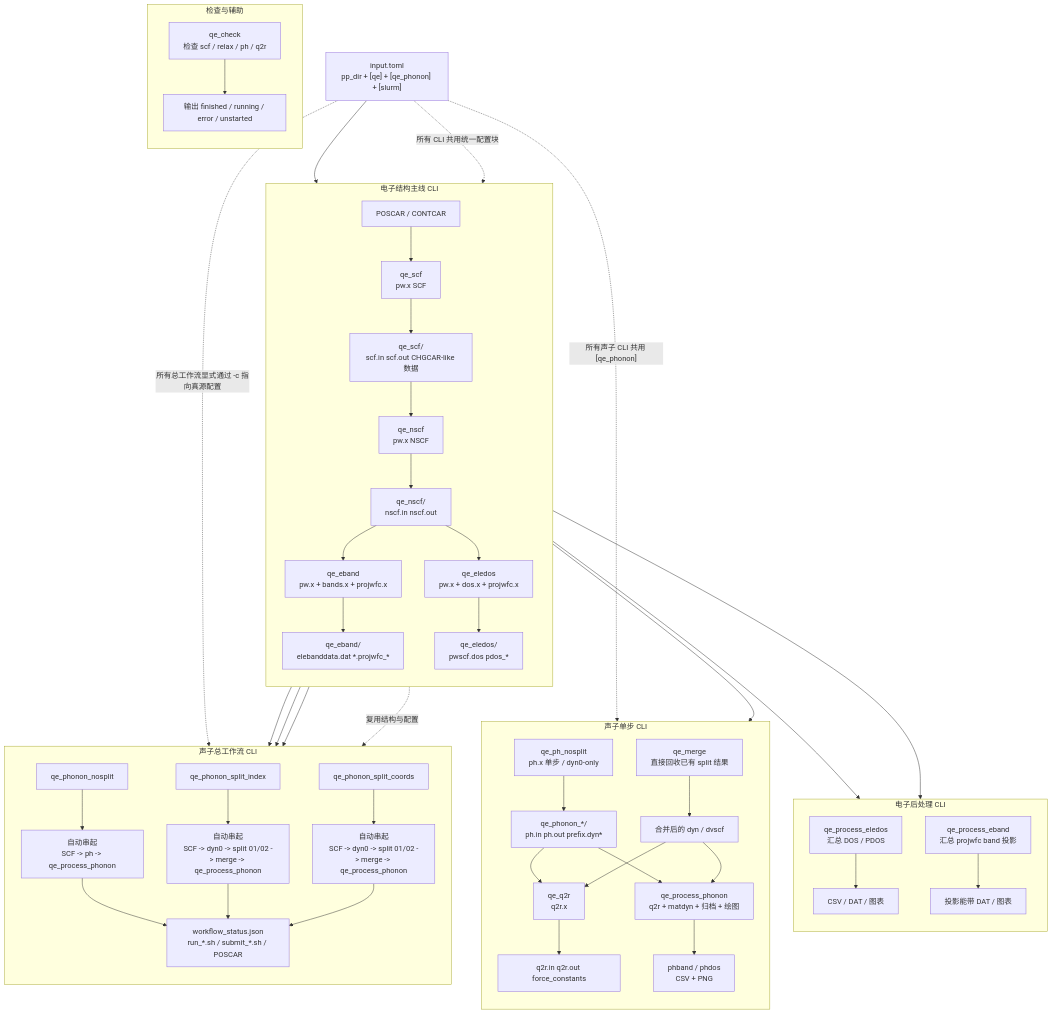
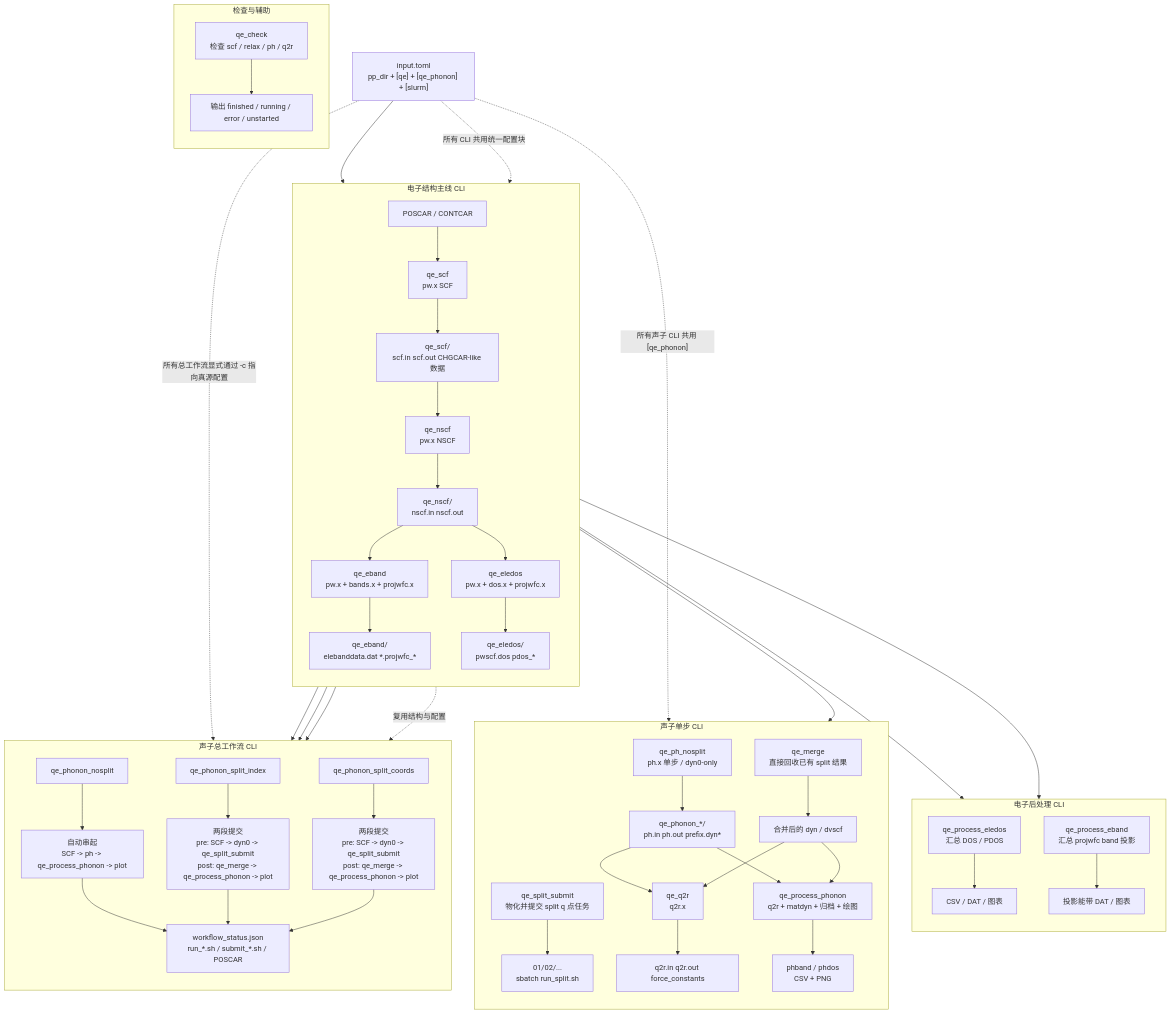
Before and after one commit to JLU-ICCMS-MaYuan/dftflow: the diagram in qeflow/qeflow-cli-flow.mmd, drawn with Mermaid. The commit also changed 12 other files, not shown here.

```diff
--- a/qeflow/qeflow-cli-flow.mmd
+++ b/qeflow/qeflow-cli-flow.mmd
@@ -1,67 +1,69 @@
 ---
 id: 9d23b8b8-8985-4c98-9f55-d7b4e3a87670
 ---
 flowchart TD
     A["input.toml<br/>pp_dir + [qe] + [qe_phonon] + [slurm]"] --> B["POSCAR / CONTCAR"]
 
     subgraph E0["电子结构主线 CLI"]
         direction TD
         B --> E1["qe_scf<br/>pw.x SCF"]
         E1 --> E1O["qe_scf/<br/>scf.in scf.out CHGCAR-like 数据"]
         E1O --> E2["qe_nscf<br/>pw.x NSCF"]
         E2 --> E2O["qe_nscf/<br/>nscf.in nscf.out"]
         E2O --> E3["qe_eband<br/>pw.x + bands.x + projwfc.x"]
         E3 --> E3O["qe_eband/<br/>elebanddata.dat *.projwfc_*"]
         E2O --> E4["qe_eledos<br/>pw.x + dos.x + projwfc.x"]
         E4 --> E4O["qe_eledos/<br/>pwscf.dos pdos_*"]
     end
 
     subgraph E5["电子后处理 CLI"]
         direction TD
         E4O --> E6["qe_process_eledos<br/>汇总 DOS / PDOS"]
         E6 --> E6O["CSV / DAT / 图表"]
         E3O --> E7["qe_process_eband<br/>汇总 projwfc band 投影"]
         E7 --> E7O["投影能带 DAT / 图表"]
     end
 
     subgraph P0["声子单步 CLI"]
         direction TD
         B --> P1["qe_ph_nosplit<br/>ph.x 单步 / dyn0-only"]
         P1 --> P1O["qe_phonon_*/<br/>ph.in ph.out prefix.dyn*"]
 
         P4["qe_merge<br/>直接回收已有 split 结果"]
         P4 --> P4O["合并后的 dyn / dvscf"]
+        P4S["qe_split_submit<br/>物化并提交 split q 点任务"]
+        P4S --> P4SO["01/02/...<br/>sbatch run_split.sh"]
 
         P1O --> P5["qe_q2r<br/>q2r.x"]
         P4O --> P5
         P5 --> P5O["q2r.in q2r.out force_constants"]
 
         P1O --> P6["qe_process_phonon<br/>q2r + matdyn + 归档 + 绘图"]
         P4O --> P6
         P6 --> P6O["phband / phdos<br/>CSV + PNG"]
     end
 
     subgraph P8["声子总工作流 CLI"]
         direction TD
         B --> W1["qe_phonon_nosplit"]
         B --> W2["qe_phonon_split_index"]
         B --> W3["qe_phonon_split_coords"]
 
-        W1 --> W1S["自动串起<br/>SCF -> ph -> qe_process_phonon"]
-        W2 --> W2S["自动串起<br/>SCF -> dyn0 -> split 01/02 -> merge -> qe_process_phonon"]
-        W3 --> W3S["自动串起<br/>SCF -> dyn0 -> split 01/02 -> merge -> qe_process_phonon"]
+        W1 --> W1S["自动串起<br/>SCF -> ph -> qe_process_phonon -> plot"]
+        W2 --> W2S["两段提交<br/>pre: SCF -> dyn0 -> qe_split_submit<br/>post: qe_merge -> qe_process_phonon -> plot"]
+        W3 --> W3S["两段提交<br/>pre: SCF -> dyn0 -> qe_split_submit<br/>post: qe_merge -> qe_process_phonon -> plot"]
 
         W1S --> WS["workflow_status.json<br/>run_*.sh / submit_*.sh / POSCAR"]
         W2S --> WS
         W3S --> WS
     end
 
     subgraph C0["检查与辅助"]
         direction TD
         C1["qe_check<br/>检查 scf / relax / ph / q2r"] --> C2["输出 finished / running / error / unstarted"]
     end
 
     E1O -. 复用结构与配置 .-> P8
     A -. 所有 CLI 共用统一配置块 .-> E0
     A -. 所有声子 CLI 共用 [qe_phonon] .-> P0
     A -. 所有总工作流显式通过 -c 指向真源配置 .-> P8
```
